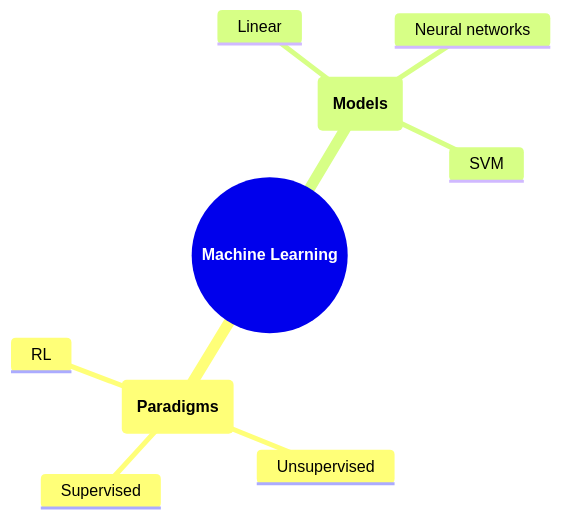
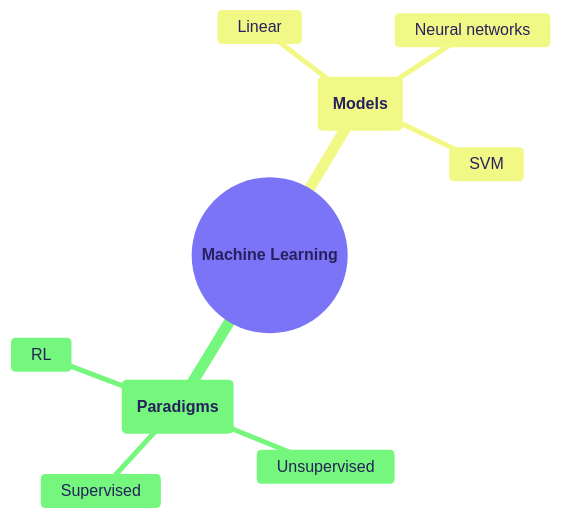
Before and after one commit to causify-ai/helpers: the diagram in .claude/skills/visuals.rules.md, drawn with Mermaid. The commit also changed other lines of this file and 65 other files, not shown here.

````diff
--- a/.claude/skills/visuals.rules.md
+++ b/.claude/skills/visuals.rules.md
@@ -49,12 +55,13 @@
   ```mermaid
+  %%{init: {'theme': 'base', 'themeVariables': { 'primaryColor': '#EEEDFE', 'primaryBorderColor': '#7F77DD', 'primaryTextColor': '#26215C', 'lineColor': '#888888', 'fontFamily': 'Helvetica'}}}%%
   mindmap
     root((**Machine Learning**))
       (**Paradigms**)
         Supervised
         Unsupervised
         RL
       (**Models**)
         Linear
         Neural networks
         SVM
   ```
````
